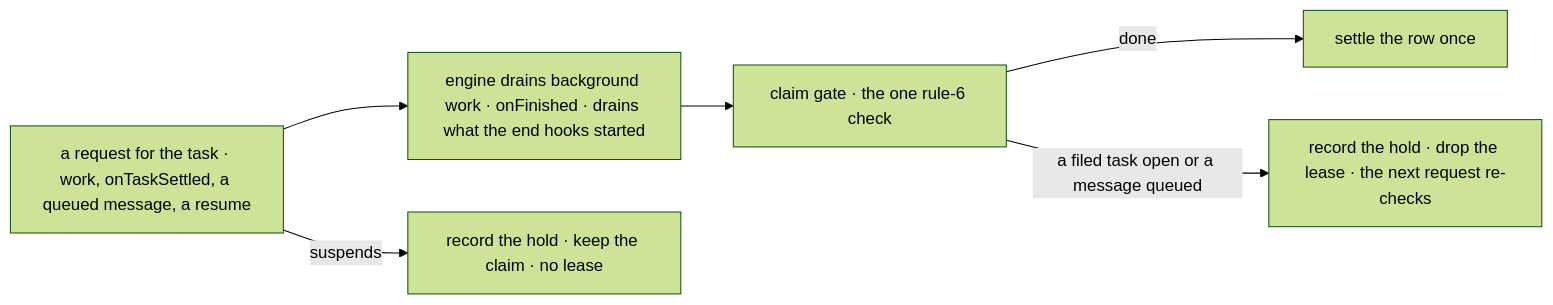
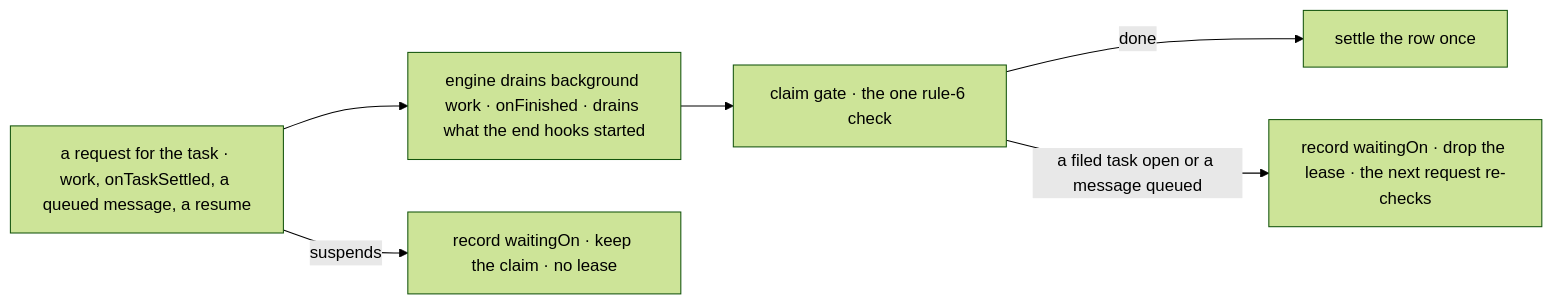
One commit to fixpoint-labs/flow-state-dev changed the second of 2 diagrams in specs/issues/FIX-2077/SPEC.md. Above: the diagram before and after it, drawn with Mermaid (forest theme). The commit also changed other lines of this file and 4 other files, not shown here.

First line of the commit message:
spec(FIX-2077): round 2, rename the running-row hold to waitingOn

````diff
--- a/specs/issues/FIX-2077/SPEC.md
+++ b/specs/issues/FIX-2077/SPEC.md
@@ -80,8 +80,8 @@
 ```mermaid
 flowchart LR
   W["a request for the task · work, onTaskSettled, a queued message, a resume"] --> E["engine drains background work · onFinished · drains what the end hooks started"]
   E --> G["claim gate · the one rule-6 check"]
   G -->|"done"| S["settle the row once"]
-  G -->|"a filed task open or a message queued"| H["record the hold · drop the lease · the next request re-checks"]
-  W -->|"suspends"| K["record the hold · keep the claim · no lease"]
+  G -->|"a filed task open or a message queued"| H["record waitingOn · drop the lease · the next request re-checks"]
+  W -->|"suspends"| K["record waitingOn · keep the claim · no lease"]
 ```
````
